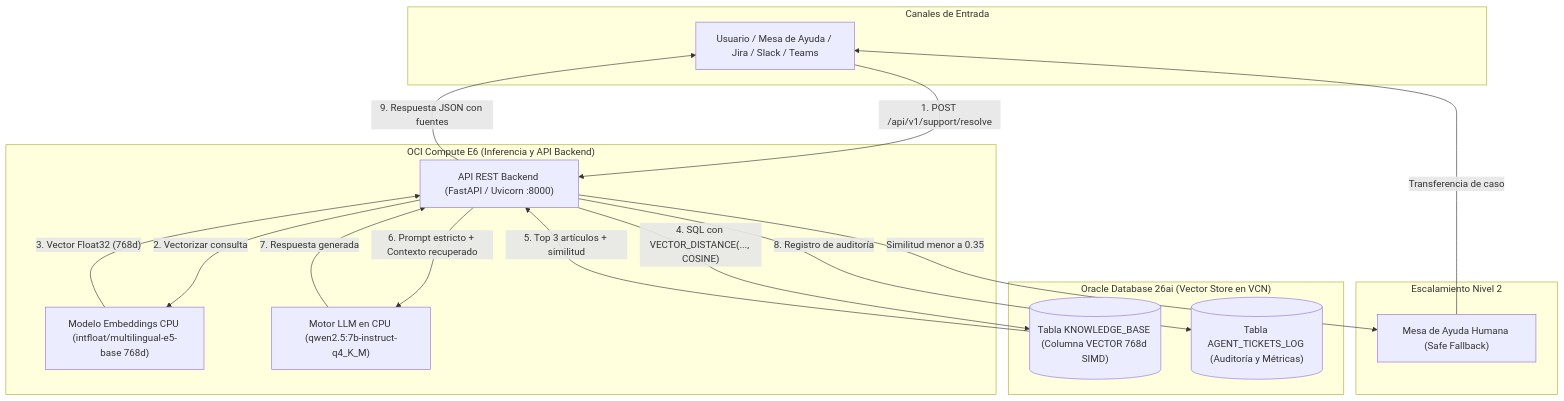
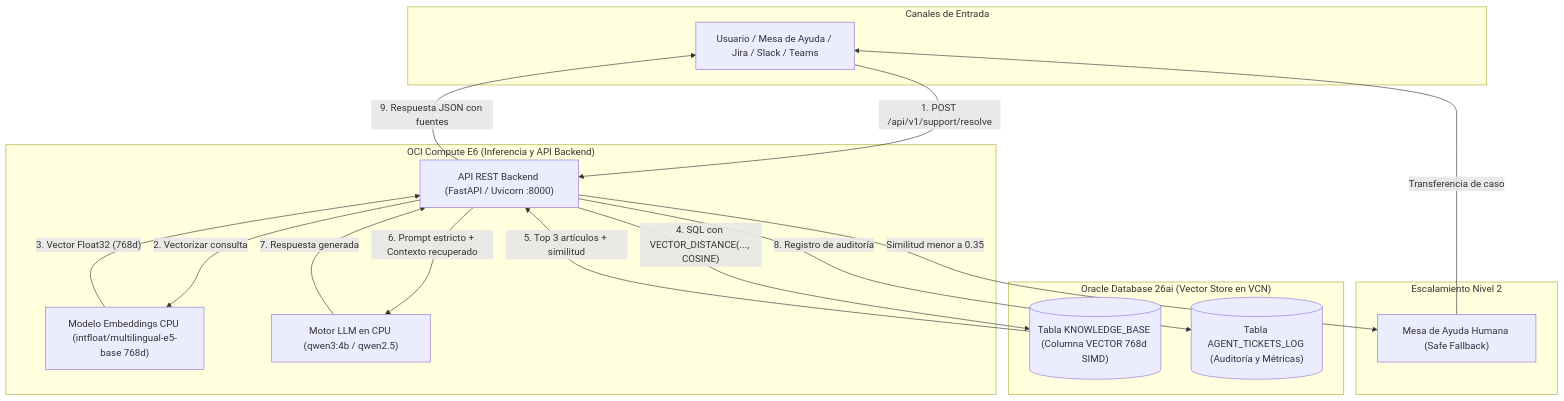
The diagram in README.md (tipsforcloud/Oracle-VectorDesk), drawn with Mermaid before and after one commit. The commit also changed other lines of this file and 4 other files, not shown here.

Commit message:
Feature: Switch default LLM to Qwen3 4B for 2x faster CPU inference, lower memory footprint, and clean think tag filtering

````diff
--- a/README.md
+++ b/README.md
@@ -29,35 +29,35 @@
 ```mermaid
 flowchart TD
     subgraph Canales ["Canales de Entrada"]
         User["Usuario / Mesa de Ayuda / Jira / Slack / Teams"]
     end
 
     subgraph VM_Compute ["OCI Compute E6 (Inferencia y API Backend)"]
         API["API REST Backend (FastAPI / Uvicorn :8000)"]
         EmbedModel["Modelo Embeddings CPU (intfloat/multilingual-e5-base 768d)"]
-        Ollama["Motor LLM en CPU (qwen2.5:7b-instruct-q4_K_M)"]
+        Ollama["Motor LLM en CPU (qwen3:4b / qwen2.5)"]
     end
 
     subgraph Oracle_DB ["Oracle Database 26ai (Vector Store en VCN)"]
         KB_Table[("Tabla KNOWLEDGE_BASE (Columna VECTOR 768d SIMD)")]
         Audit_Table[("Tabla AGENT_TICKETS_LOG (Auditoría y Métricas)")]
     end
 
     subgraph Soporte_Humano ["Escalamiento Nivel 2"]
         Escalar["Mesa de Ayuda Humana (Safe Fallback)"]
     end
 
     User -->|"1. POST /api/v1/support/resolve"| API
     API -->|"2. Vectorizar consulta"| EmbedModel
     EmbedModel -->|"3. Vector Float32 (768d)"| API
     API -->|"4. SQL con VECTOR_DISTANCE(..., COSINE)"| KB_Table
     KB_Table -->|"5. Top 3 artículos + similitud"| API
     
     API -->|"Similitud menor a 0.35"| Escalar
     Escalar -->|"Transferencia de caso"| User
     
     API -->|"6. Prompt estricto + Contexto recuperado"| Ollama
     Ollama -->|"7. Respuesta generada"| API
     API -->|"8. Registro de auditoría"| Audit_Table
     API -->|"9. Respuesta JSON con fuentes"| User
 ```
````
